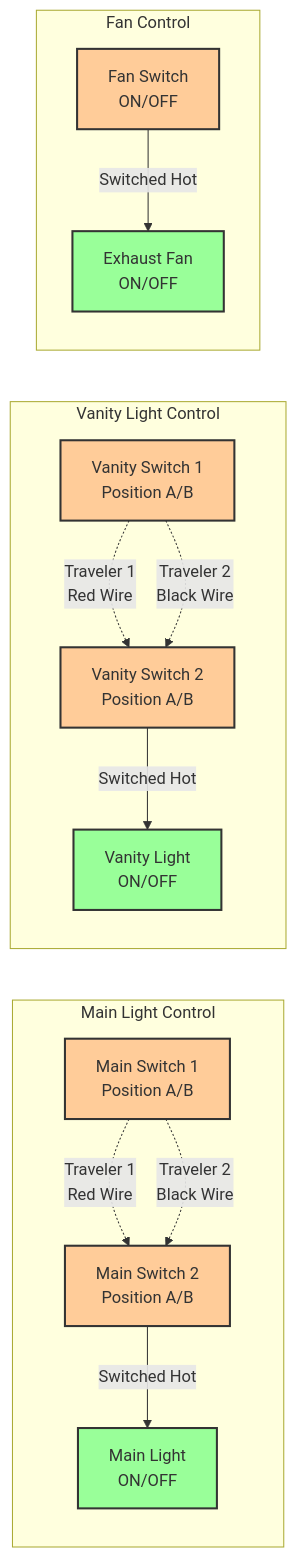
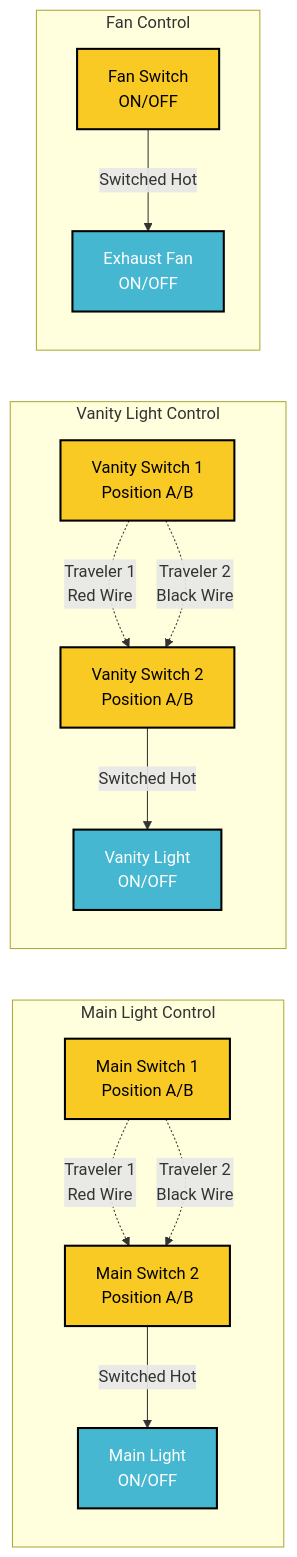
Before and after one commit to ticklemycode/electrical-wiring: the second of 7 diagrams in diagrams/mermaid-wiring-diagram.md, drawn with Mermaid. The commit also changed other lines of this file, not shown here.

Commit message:
Mermaid diagram style updates

````diff
--- a/diagrams/mermaid-wiring-diagram.md
+++ b/diagrams/mermaid-wiring-diagram.md
@@ -49,35 +49,35 @@
 ```mermaid
 flowchart LR
     subgraph "Main Light Control"
         MS1[Main Switch 1<br/>Position A/B] 
         MS2[Main Switch 2<br/>Position A/B]
         ML[Main Light<br/>ON/OFF]
         
         MS1 -.->|Traveler 1<br/>Red Wire| MS2
         MS1 -.->|Traveler 2<br/>Black Wire| MS2
         MS2 -->|Switched Hot| ML
     end
     
     subgraph "Vanity Light Control"
         VS1[Vanity Switch 1<br/>Position A/B]
         VS2[Vanity Switch 2<br/>Position A/B]
         VL[Vanity Light<br/>ON/OFF]
         
         VS1 -.->|Traveler 1<br/>Red Wire| VS2
         VS1 -.->|Traveler 2<br/>Black Wire| VS2
         VS2 -->|Switched Hot| VL
     end
     
     subgraph "Fan Control"
         FS[Fan Switch<br/>ON/OFF]
         FAN[Exhaust Fan<br/>ON/OFF]
         
         FS -->|Switched Hot| FAN
     end
     
-    classDef switchStyle fill:#ffcc99,stroke:#333,stroke-width:2px
-    classDef deviceStyle fill:#99ff99,stroke:#333,stroke-width:2px
+    classDef switchStyle fill:#f9ca24,stroke:#000,stroke-width:2px,color:#000
+    classDef deviceStyle fill:#45b7d1,stroke:#000,stroke-width:2px,color:#fff
     
     class MS1,MS2,VS1,VS2,FS switchStyle
     class ML,VL,FAN deviceStyle
 ```
````
